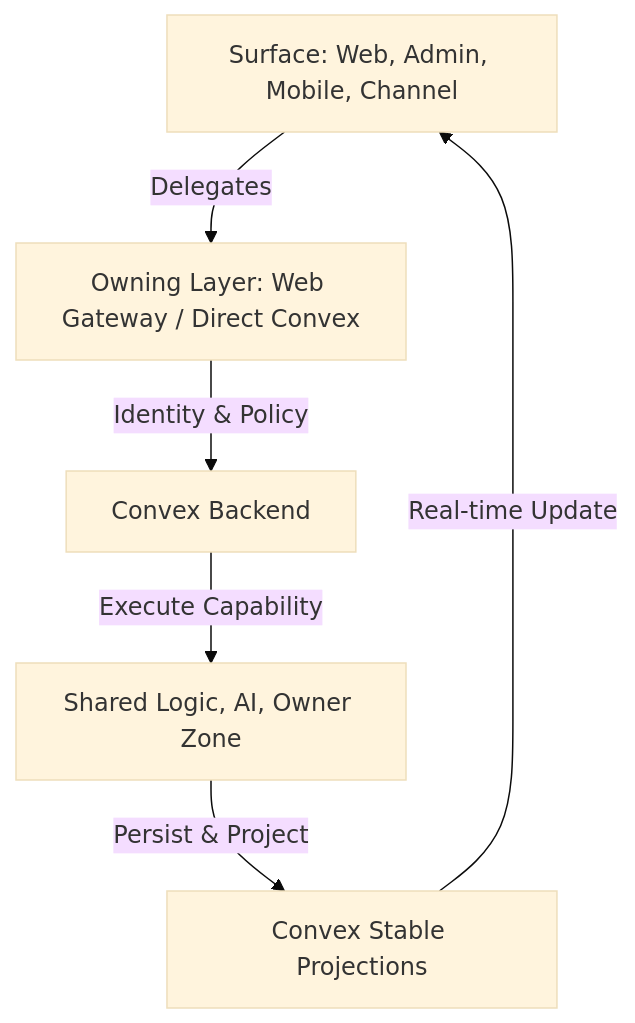
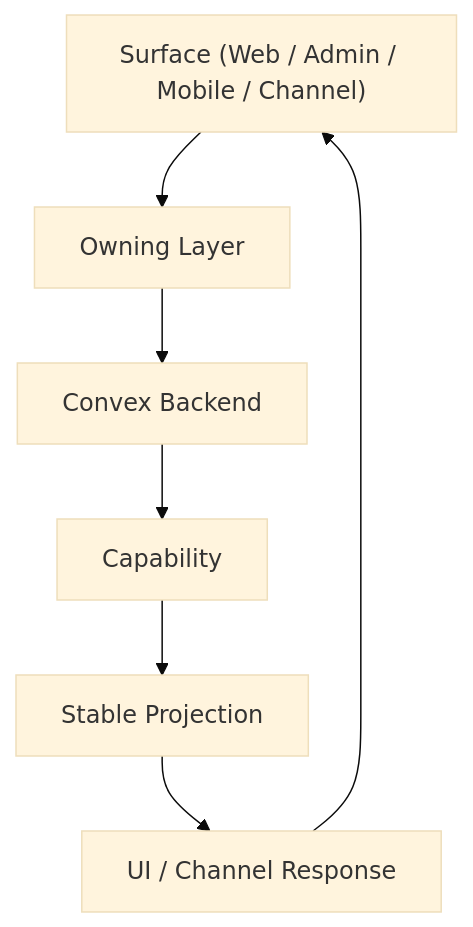
One commit to Up-to-code/anan-ai changed the diagram in README.md. Above: the diagram before and after it, drawn with Mermaid (base theme). The commit also changed other lines of this file, not shown here.

````diff
--- a/README.md
+++ b/README.md
@@ -30,8 +68,9 @@
 ```mermaid
 graph TD
-    A[Surface: Web, Admin, Mobile, Channel] -->|Delegates| B[Owning Layer: Web Gateway / Direct Convex]
-    B -->|Identity & Policy| C[Convex Backend]
-    C -->|Execute Capability| D[Shared Logic, AI, Owner Zone]
-    D -->|Persist & Project| E[Convex Stable Projections]
-    E -->|Real-time Update| A
+    A["Surface (Web / Admin / Mobile / Channel)"] --> B["Owning Layer"]
+    B --> C["Convex Backend"]
+    C --> D["Capability"]
+    D --> E["Stable Projection"]
+    E --> F["UI / Channel Response"]
+    F --> A
 ```
````
